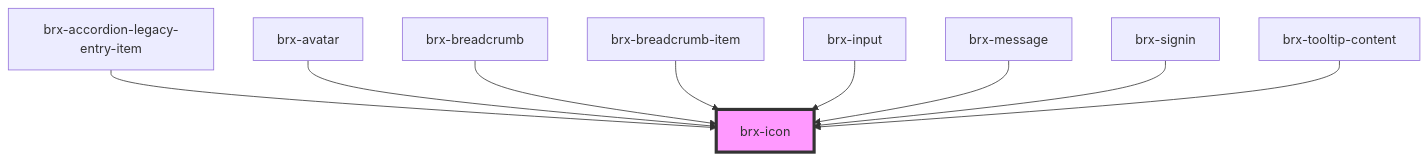
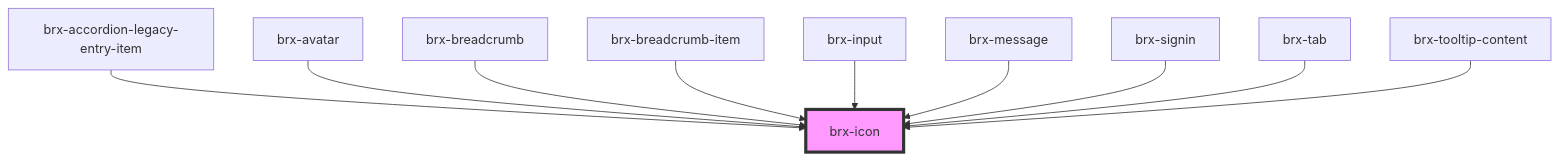
Before and after one commit to copperui/copperui: the diagram in packages/core/src/components/brx-icon/readme.md, drawn with Mermaid. The commit also changed other lines of this file and 34 other files, not shown here.

````diff
--- a/packages/core/src/components/brx-icon/readme.md
+++ b/packages/core/src/components/brx-icon/readme.md
@@ -29,12 +30,13 @@
 ```mermaid
 graph TD;
   brx-accordion-legacy-entry-item --> brx-icon
   brx-avatar --> brx-icon
   brx-breadcrumb --> brx-icon
   brx-breadcrumb-item --> brx-icon
   brx-input --> brx-icon
   brx-message --> brx-icon
   brx-signin --> brx-icon
+  brx-tab --> brx-icon
   brx-tooltip-content --> brx-icon
   style brx-icon fill:#f9f,stroke:#333,stroke-width:4px
 ```
````
